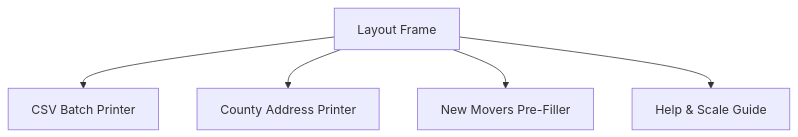
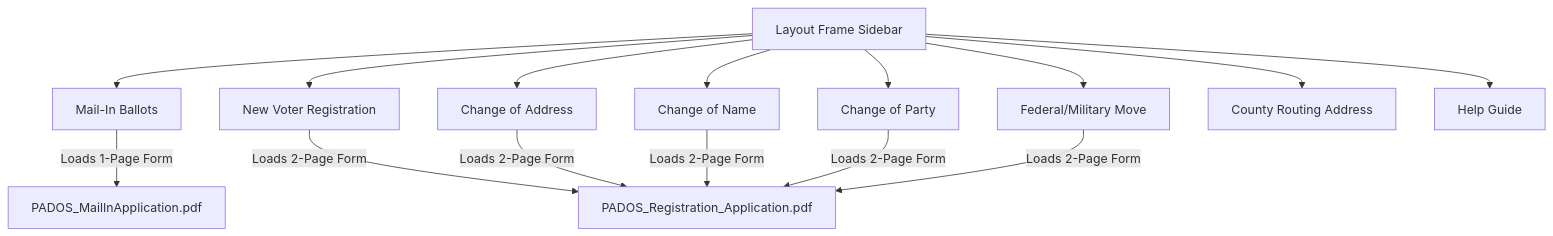
One commit to alphadan/mib-pdf-maker changed the diagram in STRATEGY.md. Above: the diagram before and after it, drawn with Mermaid. The commit also changed other lines of this file and 7 other files, not shown here.

Commit message:
ADDED: New Form Uses UPDATED: Single Manual Entry & Help Page  TODO: Calibration Defaults

````diff
--- a/STRATEGY.md
+++ b/STRATEGY.md
@@ -45,7 +49,14 @@
 ```mermaid
 graph TD
-    A[Layout Frame] --> B[CSV Batch Printer]
-    A --> C[County Address Printer]
-    A --> D[New Movers Pre-Filler]
-    A --> E[Help & Scale Guide]
+    A[Layout Frame Sidebar] --> B[Mail-In Ballots]
+    A --> C[New Voter Registration]
+    A --> D[Change of Address]
+    A --> E[Change of Name]
+    A --> F[Change of Party]
+    A --> G[Federal/Military Move]
+    A --> H[County Routing Address]
+    A --> I[Help Guide]
+
+    B -->|Loads 1-Page Form| J[PADOS_MailInApplication.pdf]
+    C & D & E & F & G -->|Loads 2-Page Form| K[PADOS_Registration_Application.pdf]
 ```
````
